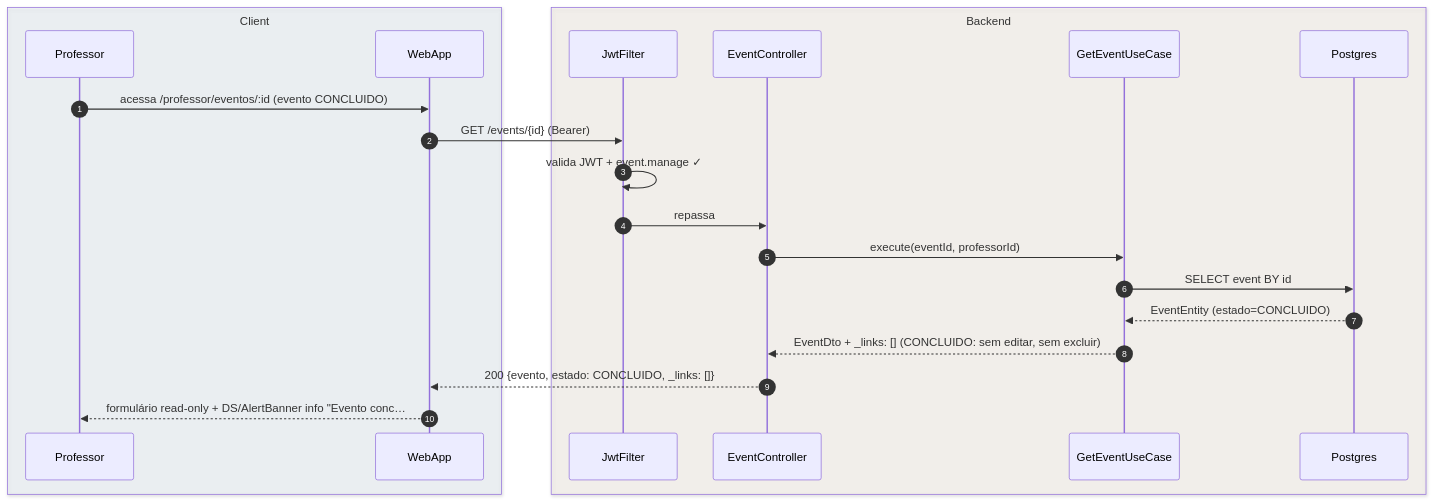
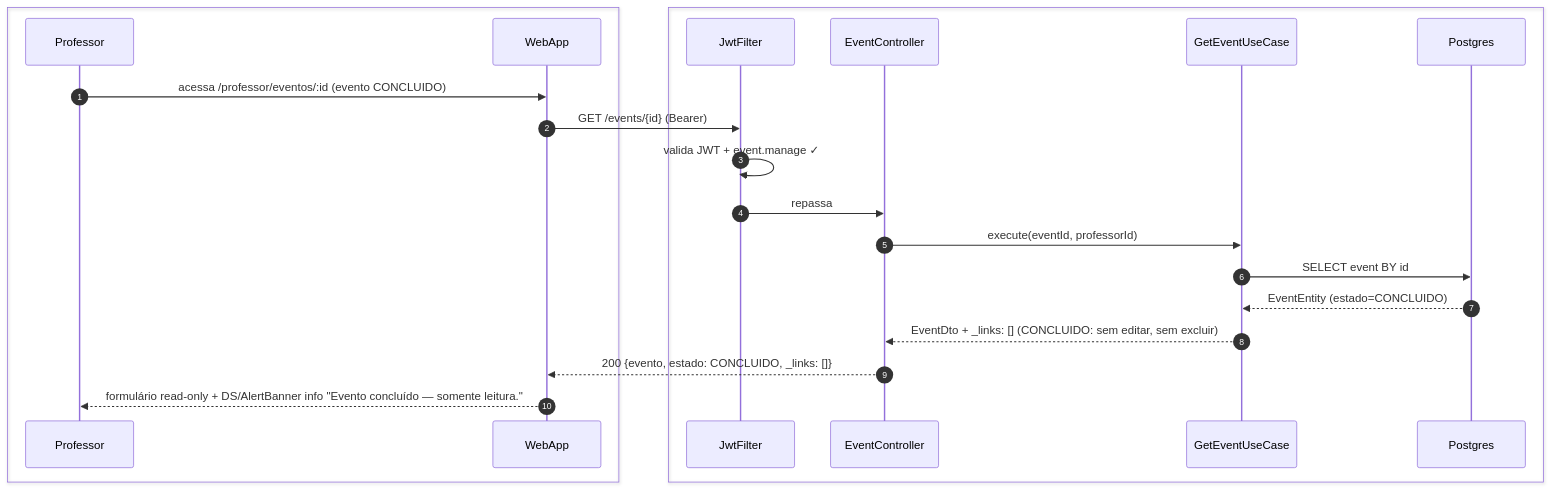
One commit to umishell/secretariaOnline2 changed the second of 6 diagrams in foundationDocs/sequenceDiagrams/F3 — Professor/US-F3-002-EVENTOS.md. Above: the diagram before and after it, drawn with Mermaid. The commit also changed other lines of this file and 70 other files, not shown here.

First line of the commit message:
Enhance database documentation and introduce new schema files

````diff
--- a/foundationDocs/sequenceDiagrams/F3 — Professor/US-F3-002-EVENTOS.md
+++ b/foundationDocs/sequenceDiagrams/F3 — Professor/US-F3-002-EVENTOS.md
@@ -102,25 +102,25 @@
 ```mermaid
 sequenceDiagram
     autonumber
-    box rgba(230,245,255,0.3) Client
+    box #e8f4fc Cliente
         participant Professor
         participant WebApp
     end
-    box rgba(255,245,230,0.3) Backend
+    box #fff8ee Servidor
         participant JwtFilter
         participant EventController
         participant GetEventUC as GetEventUseCase
         participant Postgres
     end
 
     Professor->>WebApp: acessa /professor/eventos/:id (evento CONCLUIDO)
     WebApp->>JwtFilter: GET /events/{id} (Bearer)
     JwtFilter->>JwtFilter: valida JWT + event.manage ✓
     JwtFilter->>EventController: repassa
     EventController->>GetEventUC: execute(eventId, professorId)
     GetEventUC->>Postgres: SELECT event BY id
     Postgres-->>GetEventUC: EventEntity (estado=CONCLUIDO)
     GetEventUC-->>EventController: EventDto + _links: [] (CONCLUIDO: sem editar, sem excluir)
     EventController-->>WebApp: 200 {evento, estado: CONCLUIDO, _links: []}
-    WebApp-->>Professor: formulário read-only + DS/AlertBanner info "Evento conc…
+    WebApp-->>Professor: formulário read-only + DS/AlertBanner info "Evento concluído — somente leitura."
 ```
````
